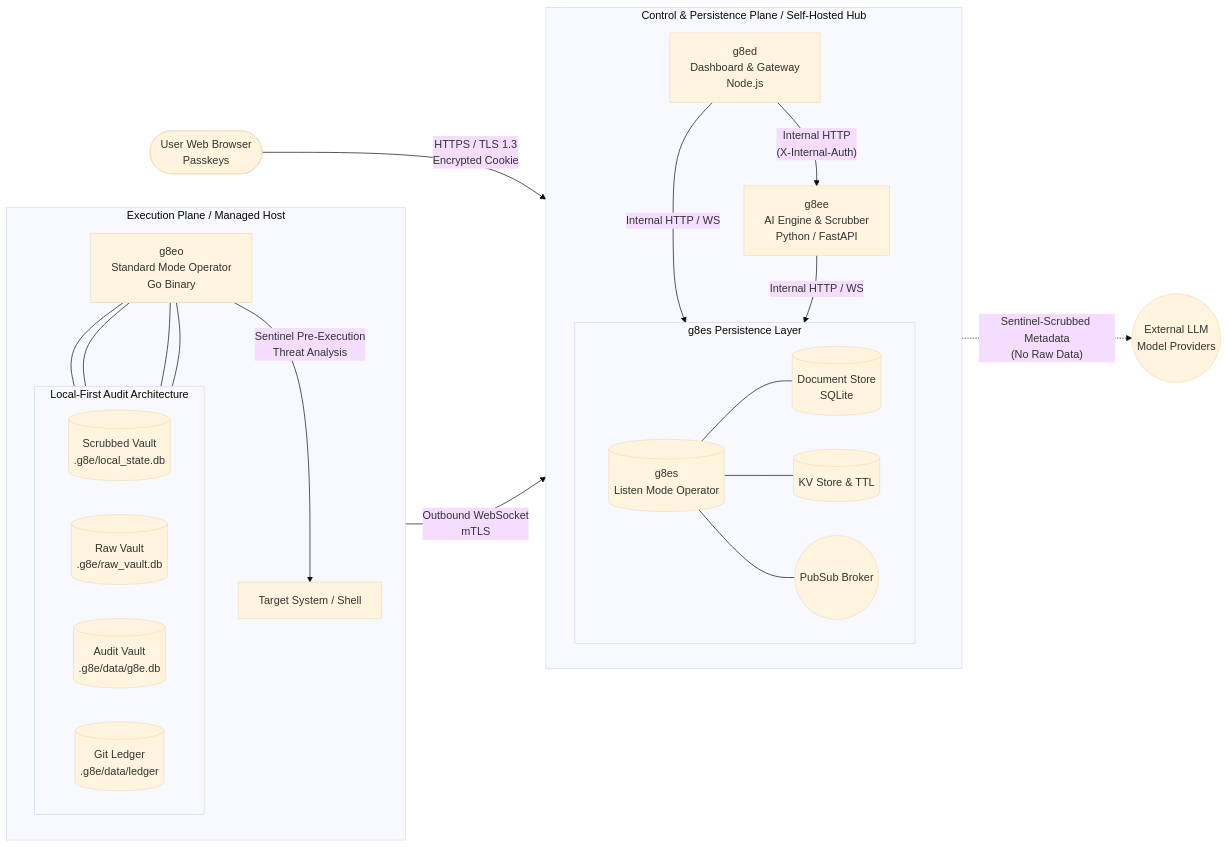
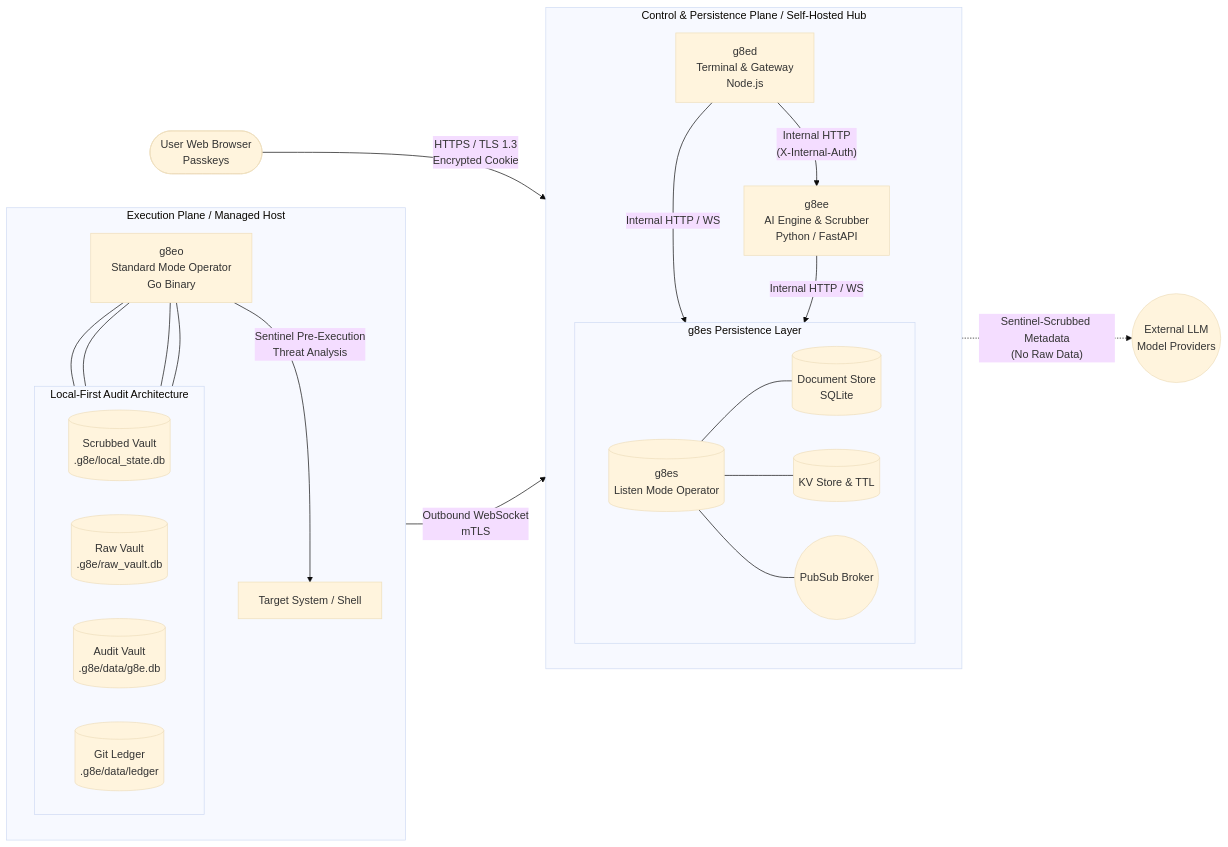
The second of 2 diagrams in README.md (g8e-ai/g8e), drawn with Mermaid (base theme) before and after one commit. The commit also changed other lines of this file and 36 other files, not shown here.

````diff
--- a/README.md
+++ b/README.md
@@ -150,51 +150,51 @@
 ```mermaid
 flowchart LR
     Browser([User Web Browser<br>Passkeys])
 
     subgraph Exec_Plane [Execution Plane / Managed Host]
         direction TB
         g8eo[g8eo<br>Standard Mode Operator<br>Go Binary]
         
         HostOS[Target System / Shell]
         g8eo -- "Sentinel Pre-Execution<br>Threat Analysis" --> HostOS
 
         subgraph LFAA [Local-First Audit Architecture]
             direction LR
             Scrubbed[(Scrubbed Vault<br>.g8e/local_state.db)]
             Raw[(Raw Vault<br>.g8e/raw_vault.db)]
             Audit[(Audit Vault<br>.g8e/data/g8e.db)]
             Ledger[(Git Ledger<br>.g8e/data/ledger)]
         end
         
         g8eo --- Scrubbed & Raw & Audit & Ledger
     end
 
     subgraph Hub [Control & Persistence Plane / Self-Hosted Hub]
         direction TB
-        g8ed[g8ed<br>Dashboard & Gateway<br>Node.js]
+        g8ed[g8ed<br>Terminal & Gateway<br>Node.js]
         g8ee[g8ee<br>AI Engine & Scrubber<br>Python / FastAPI]
         
         subgraph Data_Layer [g8es Persistence Layer]
             direction LR
             g8es[(g8es<br>Listen Mode Operator)]
             DS[(Document Store<br>SQLite)]
             KS[(KV Store & TTL)]
             PS((PubSub Broker))
             
             g8es --- DS & KS & PS
         end
 
         g8ed -- "Internal HTTP<br>(X-Internal-Auth)" --> g8ee
         g8ed -- "Internal HTTP / WS" --> g8es
         g8ee -- "Internal HTTP / WS" --> g8es
     end
 
     LLM((External LLM<br>Model Providers))
 
     %% Explicit Connections
     Browser -- "HTTPS / TLS 1.3<br>Encrypted Cookie" --> g8ed
     
     g8eo -- "Outbound WebSocket<br>mTLS" --> g8ed
     
     g8ee -. "Sentinel-Scrubbed Metadata<br>(No Raw Data)" .-> LLM
 ```
````
